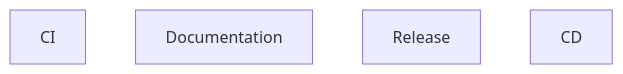
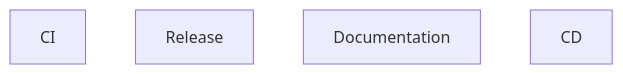
One commit to zepfu/llama-gguf-inference changed the seventh of 8 diagrams in docs/auto/ARCHITECTURE_AUTO.md. Above: the diagram before and after it, drawn with Mermaid. The commit also changed other lines of this file and 2 other files, not shown here.

````diff
--- a/docs/auto/ARCHITECTURE_AUTO.md
+++ b/docs/auto/ARCHITECTURE_AUTO.md
@@ -202,7 +209,7 @@
 ```mermaid
 graph TD
     ci[CI]
+    release[Release]
     docs[Documentation]
-    release[Release]
     cd[CD]
 ```
````
